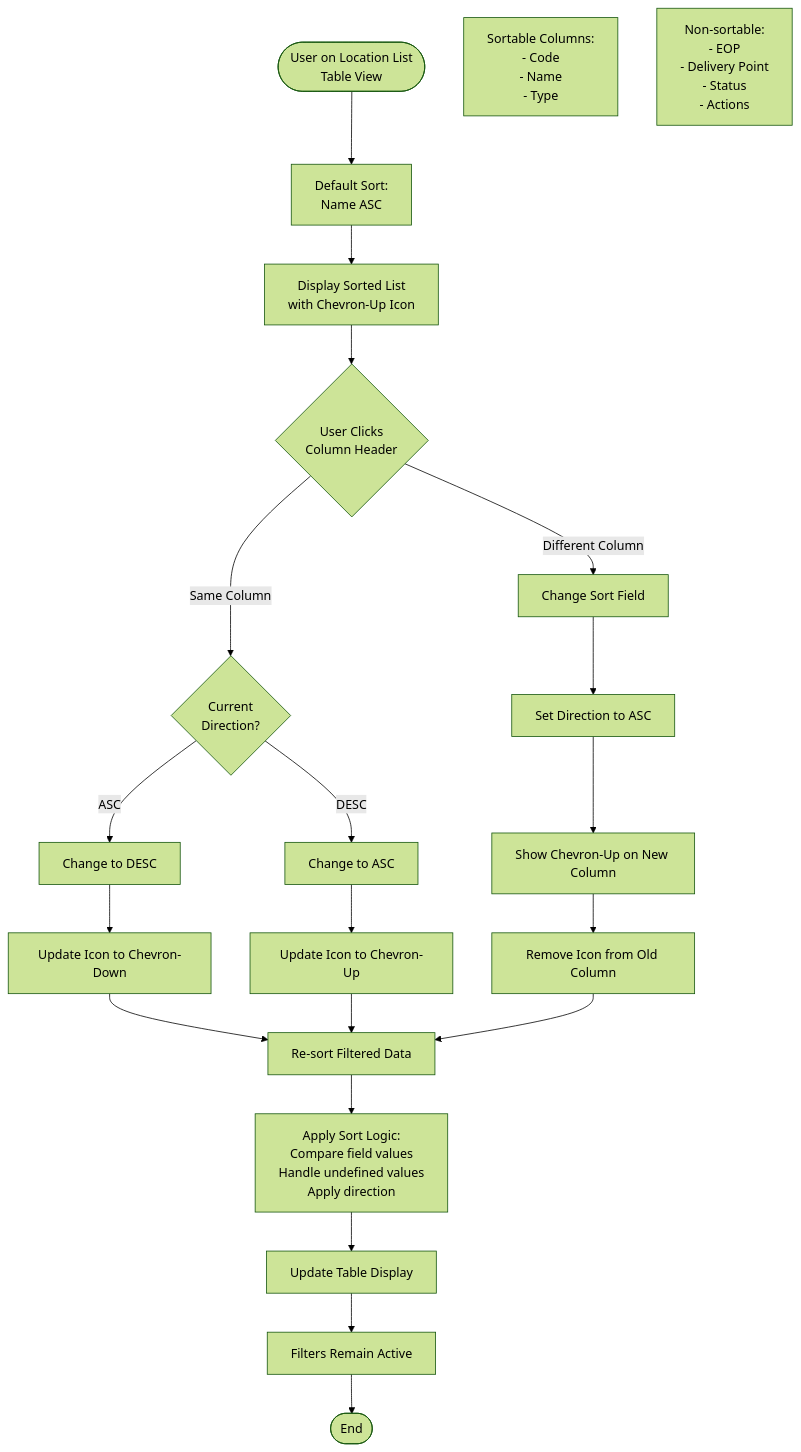
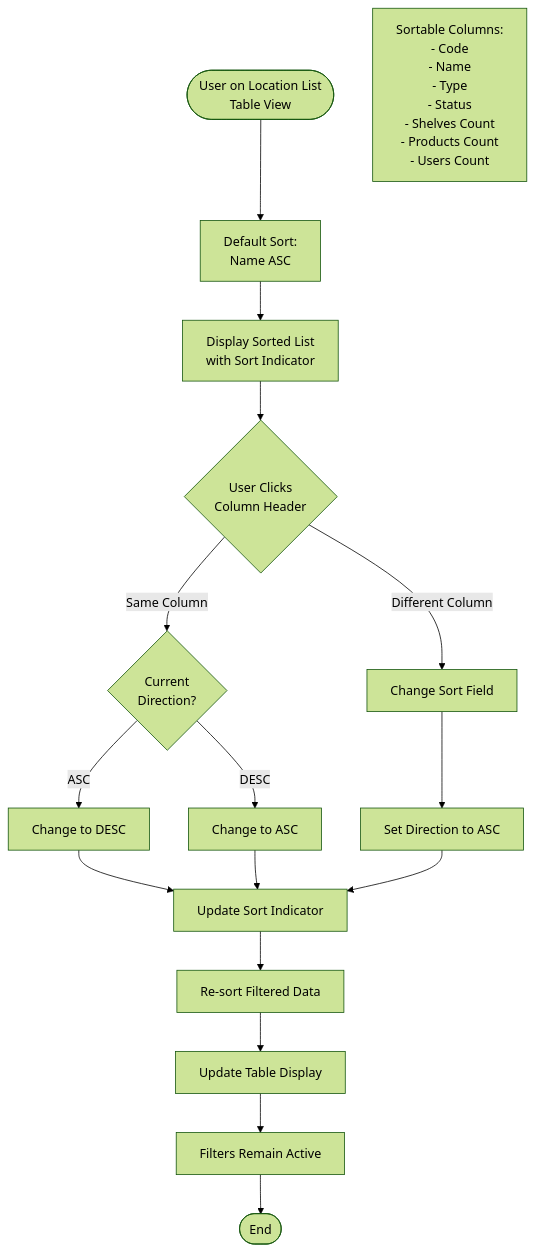
One commit to CarmenSoftware-organization/carmen changed the sixth of 12 diagrams in docs/app/system-administration/location-management/FD-location-management.md. Above: the diagram before and after it, drawn with Mermaid (forest theme). The commit also changed other lines of this file and 1788 other files, not shown here.

````diff
--- a/docs/app/system-administration/location-management/FD-location-management.md
+++ b/docs/app/system-administration/location-management/FD-location-management.md
@@ -255,30 +205,24 @@
 ```mermaid
 flowchart TD
     Start([User on Location List<br/>Table View]) --> InitialSort[Default Sort:<br/>Name ASC]
-    InitialSort --> DisplayList[Display Sorted List<br/>with Chevron-Up Icon]
+    InitialSort --> DisplayList[Display Sorted List<br/>with Sort Indicator]
 
     DisplayList --> UserClick{User Clicks<br/>Column Header}
 
     UserClick -->|Same Column| CheckDirection{Current<br/>Direction?}
     CheckDirection -->|ASC| ReverseSort[Change to DESC]
-    ReverseSort --> UpdateIcon[Update Icon to Chevron-Down]
-    UpdateIcon --> ReSort
-
     CheckDirection -->|DESC| ChangeToASC[Change to ASC]
-    ChangeToASC --> UpdateIconUp[Update Icon to Chevron-Up]
-    UpdateIconUp --> ReSort
+    ReverseSort --> UpdateIcon[Update Sort Indicator]
+    ChangeToASC --> UpdateIcon
 
     UserClick -->|Different Column| NewSort[Change Sort Field]
     NewSort --> DefaultASC[Set Direction to ASC]
-    DefaultASC --> UpdateNewIcon[Show Chevron-Up on New Column]
-    UpdateNewIcon --> RemoveOldIcon[Remove Icon from Old Column]
-    RemoveOldIcon --> ReSort[Re-sort Filtered Data]
+    DefaultASC --> UpdateIcon
 
-    ReSort --> ApplySort[Apply Sort Logic:<br/>Compare field values<br/>Handle undefined values<br/>Apply direction]
-    ApplySort --> UpdateDisplay[Update Table Display]
+    UpdateIcon --> ReSort[Re-sort Filtered Data]
+    ReSort --> UpdateDisplay[Update Table Display]
     UpdateDisplay --> MaintainFilters[Filters Remain Active]
     MaintainFilters --> End([End])
 
-    Note1[Sortable Columns:<br/>- Code<br/>- Name<br/>- Type]
-    Note2[Non-sortable:<br/>- EOP<br/>- Delivery Point<br/>- Status<br/>- Actions]
+    Note1[Sortable Columns:<br/>- Code<br/>- Name<br/>- Type<br/>- Status<br/>- Shelves Count<br/>- Products Count<br/>- Users Count]
 ```
````
